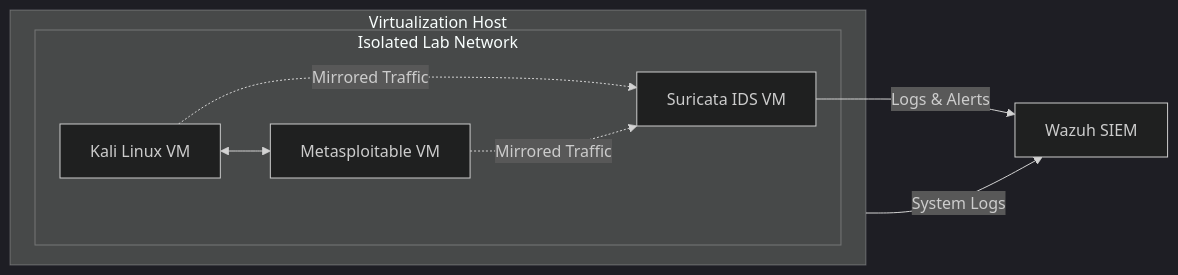
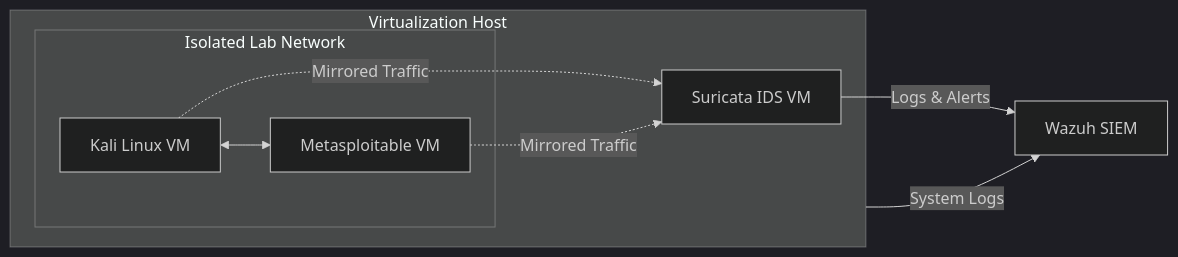
Before and after one commit to BrettPridemore/Cybersecurity-Home-Lab: the diagram in README.md, drawn with Mermaid (dark theme). The commit also changed other lines of this file, not shown here.

````diff
--- a/README.md
+++ b/README.md
@@ -29,23 +29,23 @@
 ```mermaid
 graph LR
  
 SIEM["Wazuh SIEM"]
  
 subgraph HOST["Virtualization Host"]
 subgraph LAB["Isolated Lab Network"]
 KALI["Kali Linux VM"]
 META["Metasploitable VM"]
+
+end
 IDS["Suricata IDS VM"]
-end
- 
 
  
 KALI <--> META
  
 KALI -. Mirrored Traffic .-> IDS
 META -. Mirrored Traffic .-> IDS
 end
  
 IDS -->|Logs & Alerts| SIEM
 HOST -->|System Logs| SIEM
 ```
````
